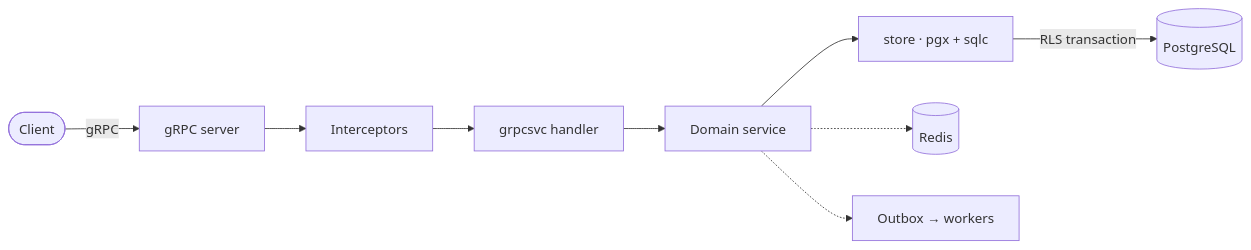
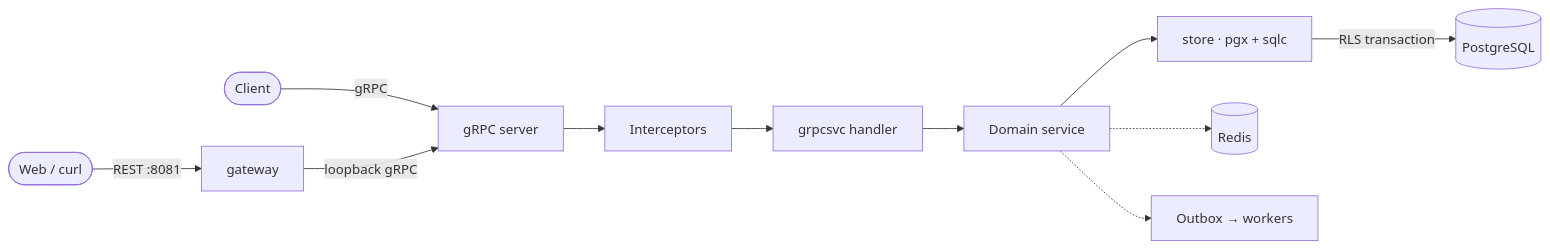
The diagram in README.md (isyll/go-api-starter), drawn with Mermaid before and after one commit. The commit also changed other lines of this file and 5 other files, not shown here.

````diff
--- a/README.md
+++ b/README.md
@@ -44,11 +45,13 @@
 ```mermaid
 flowchart LR
     C(["Client"]) -->|gRPC| S["gRPC server"]
+    W(["Web / curl"]) -->|"REST :8081"| GW["gateway"]
+    GW -->|loopback gRPC| S
     S --> I["Interceptors"]
     I --> H["grpcsvc handler"]
     H --> D["Domain service"]
     D --> ST["store · pgx + sqlc"]
     ST -->|RLS transaction| PG[("PostgreSQL")]
     D -.-> R[("Redis")]
     D -.-> O["Outbox → workers"]
 ```
````
